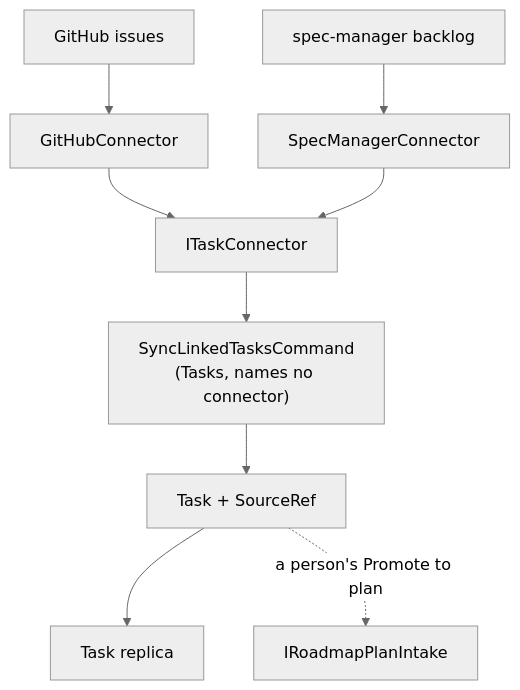
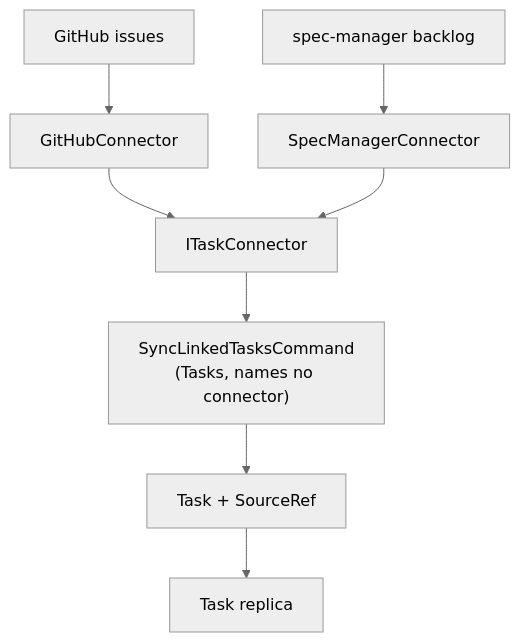
One commit to JSdotNet/Backlog changed the diagram in .devbook/arc42/adr/0020-external-items-arrive-as-linked-tasks.md. Above: the diagram before and after it, drawn with Mermaid (neutral theme). The commit also changed other lines of this file and 4 other files, not shown here.

````diff
--- a/.devbook/arc42/adr/0020-external-items-arrive-as-linked-tasks.md
+++ b/.devbook/arc42/adr/0020-external-items-arrive-as-linked-tasks.md
@@ -90,11 +117,10 @@
 ```mermaid
 flowchart TD
     GH["GitHub issues"] --> GC["GitHubConnector"]
     SM["spec-manager backlog"] --> SC["SpecManagerConnector"]
     GC --> P["ITaskConnector"]
     SC --> P
     P --> S["SyncLinkedTasksCommand<br/>(Tasks, names no connector)"]
     S --> T["Task + SourceRef"]
     T --> R["Task replica"]
-    T -. "a person's Promote to plan" .-> I["IRoadmapPlanIntake"]
 ```
````
